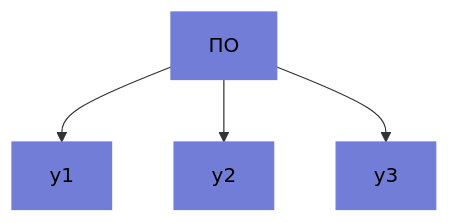
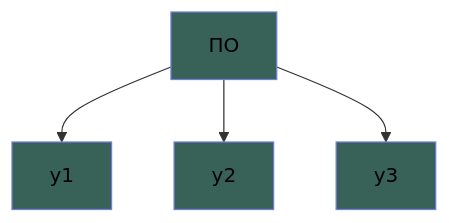
Before and after one commit to len4ernova/samples-gitlab-ci: the first of 2 diagrams in short-reports/README .md, drawn with Mermaid. The commit also changed other lines of this file, not shown here.

Commit message:
Update README .md

````diff
--- a/short-reports/README .md
+++ b/short-reports/README .md
@@ -3,7 +3,7 @@
 ```mermaid
 flowchart TD
   work_name["ПО"]:::LBlue --> subsys_y1["y1"]:::LBlue 
   work_name["ПО"]:::LBlue --> subsys_y2["y2"]:::LBlue 
   work_name["ПО"]:::LBlue --> subsys_y3["y3"]:::LBlue 
-classDef LBlue stroke-width:1px, stroke-dasharray:none, stroke:#717DD7, fill:#717DD7, color:#000000
+classDef LBlue stroke-width:1px, stroke-dasharray:none, stroke:#717DD7, fill:#386257, color:#000000
 ```
````
